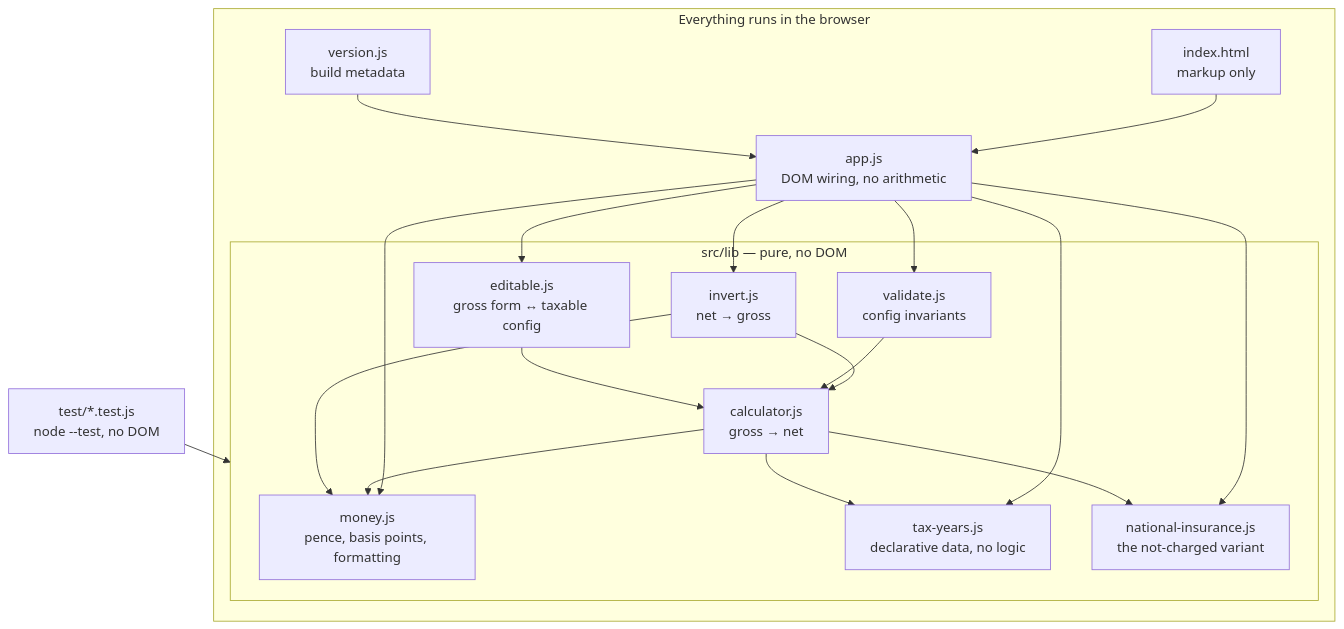
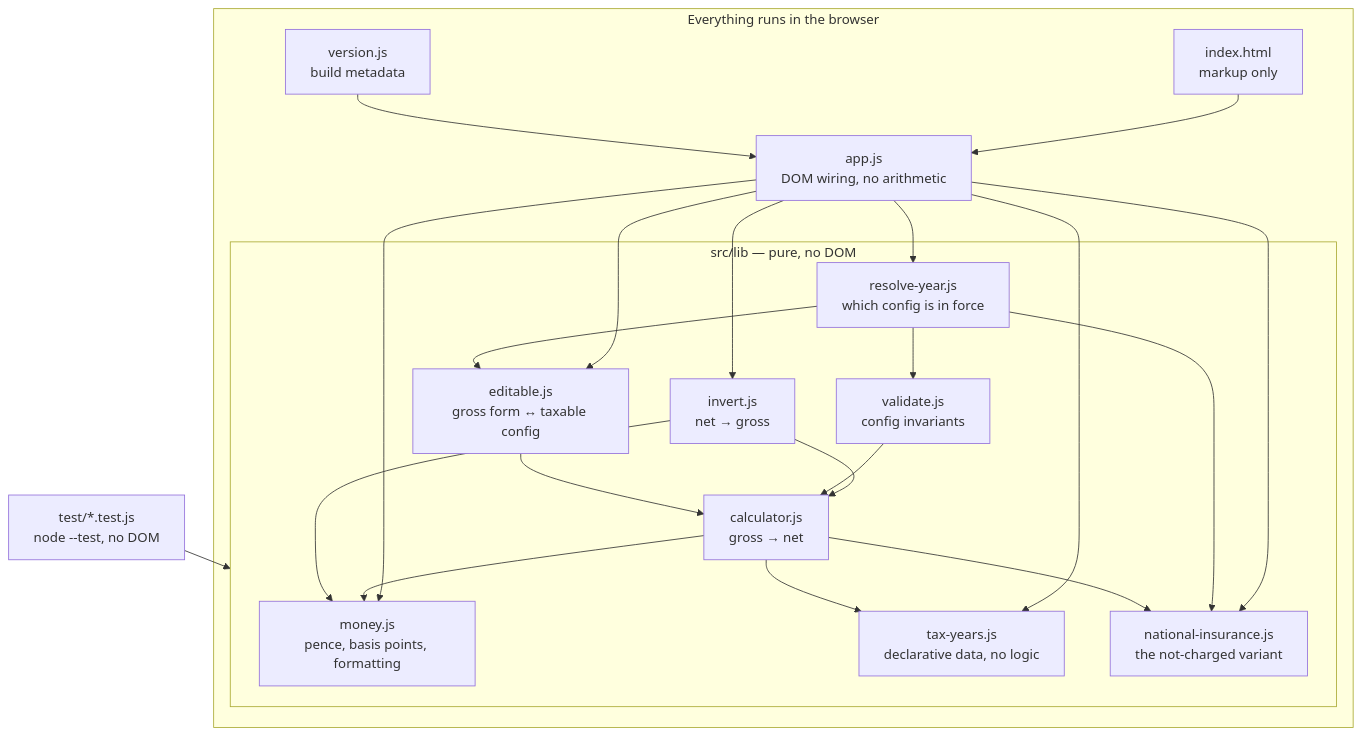
The first of 3 diagrams in docs/architecture.md (mnem/wager), drawn with Mermaid before and after one commit. The commit also changed other lines of this file and 4 other files, not shown here.

````diff
--- a/docs/architecture.md
+++ b/docs/architecture.md
@@ -17,36 +17,40 @@
 ```mermaid
 flowchart TD
     subgraph browser["Everything runs in the browser"]
         html["index.html<br/>markup only"]
         app["app.js<br/>DOM wiring, no arithmetic"]
         version["version.js<br/>build metadata"]
 
         subgraph lib["src/lib — pure, no DOM"]
             money["money.js<br/>pence, basis points, formatting"]
             years["tax-years.js<br/>declarative data, no logic"]
             calc["calculator.js<br/>gross → net"]
             invert["invert.js<br/>net → gross"]
             validate["validate.js<br/>config invariants"]
             editable["editable.js<br/>gross form ↔ taxable config"]
             ni["national-insurance.js<br/>the not-charged variant"]
+            resolve["resolve-year.js<br/>which config is in force"]
         end
     end
 
     html --> app
     version --> app
     app --> invert
     app --> money
     app --> years
-    app --> validate
+    app --> resolve
     app --> editable
     app --> ni
+    resolve --> editable
+    resolve --> validate
+    resolve --> ni
     invert --> calc
     calc --> years
     calc --> money
     calc --> ni
     invert --> money
     validate --> calc
     editable --> calc
 
     tests["test/*.test.js<br/>node --test, no DOM"] --> lib
 ```
````
